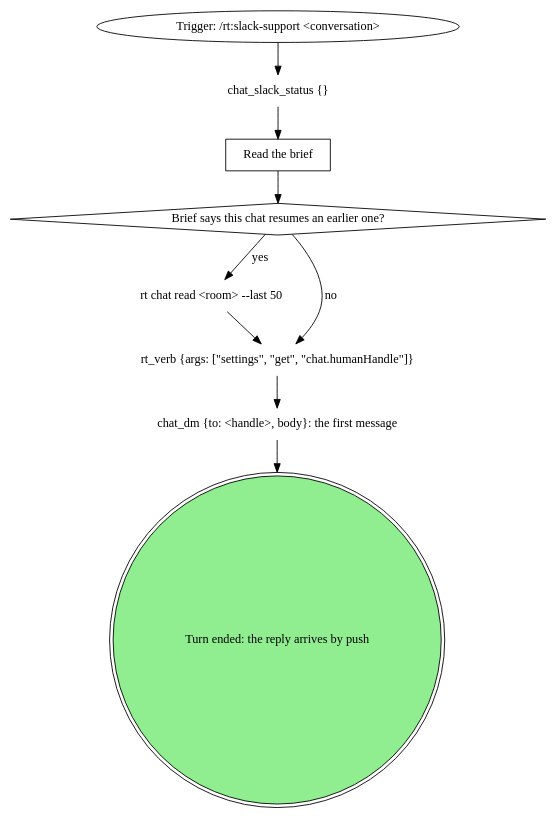
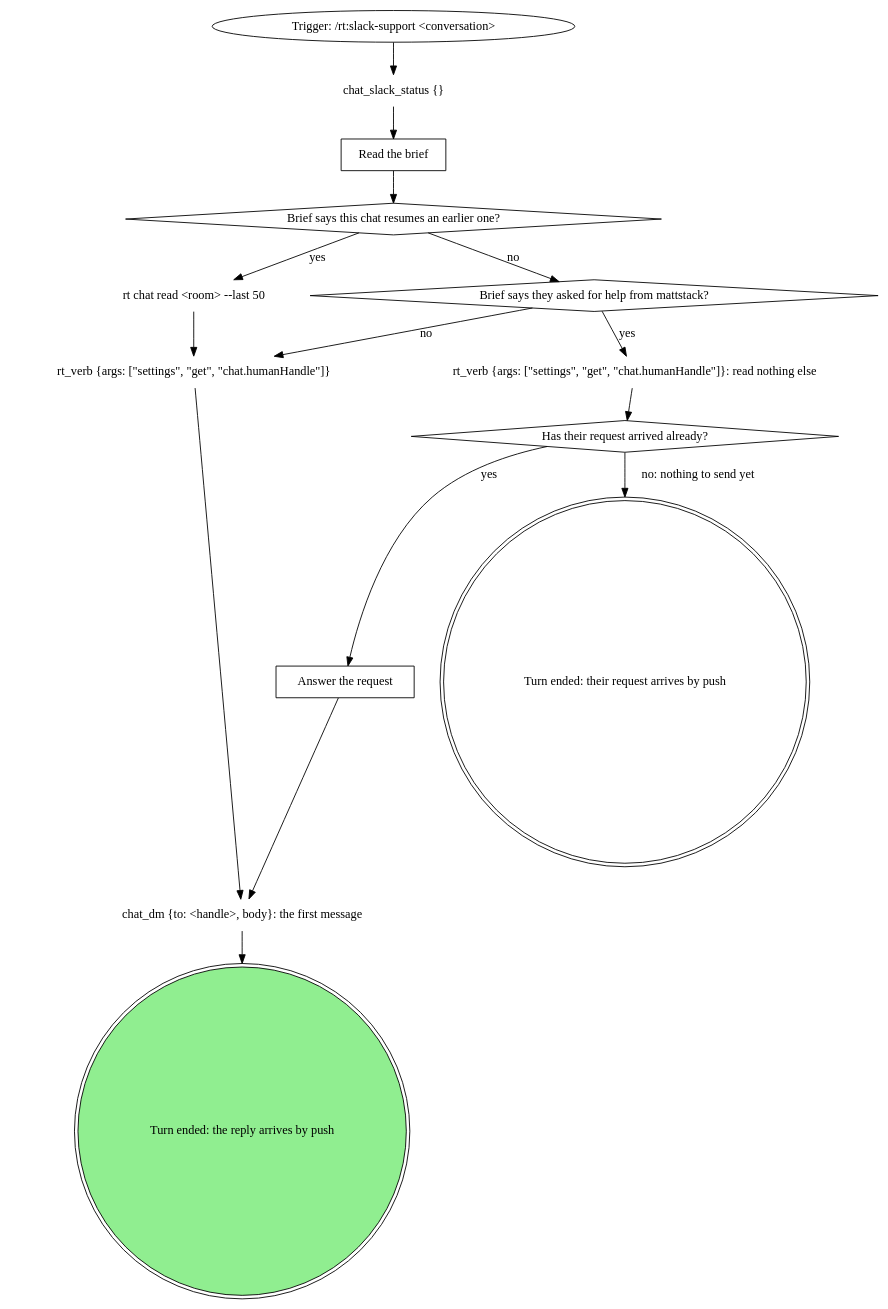
One commit to m4ttstack/mattstack changed the first of 2 diagrams in skills/rt-slack-support/SKILL.md. Above: the diagram before and after it, drawn with Graphviz. The commit also changed other lines of this file and 79 other files, not shown here.

````diff
--- a/skills/rt-slack-support/SKILL.md
+++ b/skills/rt-slack-support/SKILL.md
@@ -56,23 +56,34 @@
 ```dot
 digraph slack_support_open {
     rankdir=TB;
 
     trigger [label="Trigger: /rt:slack-support <conversation>" shape=ellipse];
     chat_slack_status [label="chat_slack_status {}" shape=plaintext];
     read_brief [label="Read the brief" shape=box];
     resumes_earlier [label="Brief says this chat resumes an earlier one?" shape=diamond];
     rt_chat_read [label="rt chat read <room> --last 50" shape=plaintext];
     rt_verb_handle [label="rt_verb {args: [\"settings\", \"get\", \"chat.humanHandle\"]}" shape=plaintext];
+    from_mattstack [label="Brief says they asked for help from mattstack?" shape=diamond];
+    rt_verb_handle_request [label="rt_verb {args: [\"settings\", \"get\", \"chat.humanHandle\"]}: read nothing else" shape=plaintext];
+    request_here [label="Has their request arrived already?" shape=diamond];
+    answer_now [label="Answer the request" shape=box];
+    waiting_request [label="Turn ended: their request arrives by push" shape=doublecircle];
     chat_dm_first [label="chat_dm {to: <handle>, body}: the first message" shape=plaintext];
     waiting_first [label="Turn ended: the reply arrives by push" shape=doublecircle style=filled fillcolor=lightgreen];
 
     trigger -> chat_slack_status;
     chat_slack_status -> read_brief;
     read_brief -> resumes_earlier;
     resumes_earlier -> rt_chat_read [label="yes"];
-    resumes_earlier -> rt_verb_handle [label="no"];
+    resumes_earlier -> from_mattstack [label="no"];
+    from_mattstack -> rt_verb_handle_request [label="yes"];
+    from_mattstack -> rt_verb_handle [label="no"];
+    rt_verb_handle_request -> request_here;
+    request_here -> answer_now [label="yes"];
+    request_here -> waiting_request [label="no: nothing to send yet"];
+    answer_now -> chat_dm_first;
     rt_chat_read -> rt_verb_handle;
     rt_verb_handle -> chat_dm_first;
     chat_dm_first -> waiting_first;
 }
 ```
````
